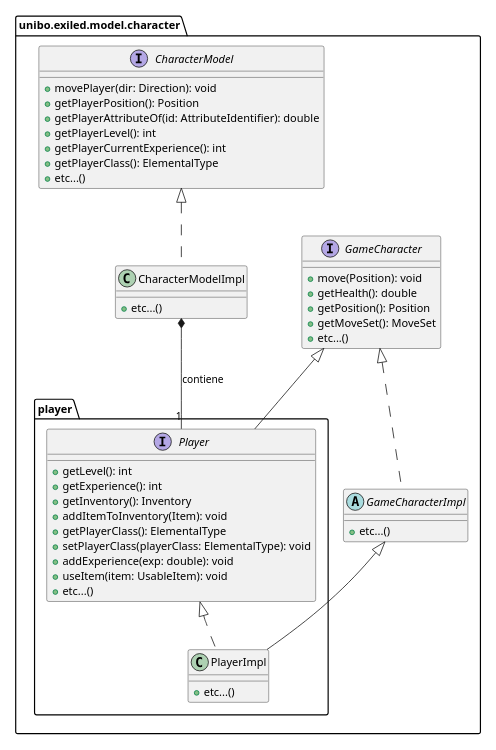
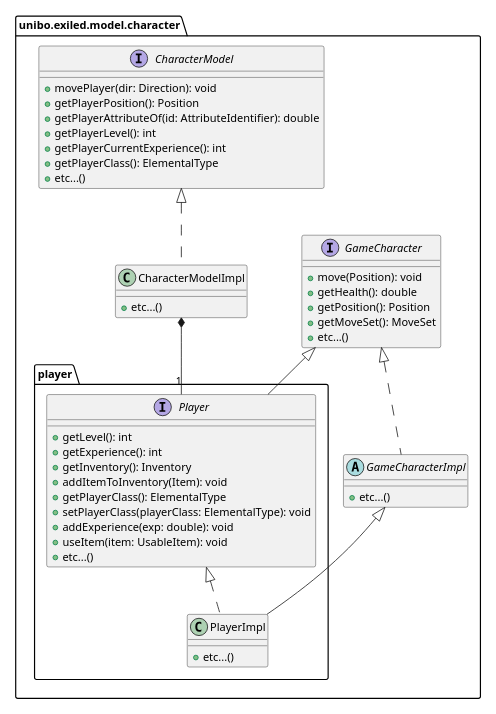
The diagram in docs/player/the-exiled-player-uml.puml (unibo-oop-projects/OOP23-Baldoni-Beylax-Casadei-MarcoMagnani03-Pazzaglia-exiled), drawn with PlantUML before and after one commit. The commit also changed 5 other files, not shown here.

```diff
--- a/docs/player/the-exiled-player-uml.puml
+++ b/docs/player/the-exiled-player-uml.puml
@@ -1,55 +1,55 @@
 @startuml
 scale 0.5
 set separator none
 package unibo.exiled.model.character
 {
   interface GameCharacter {
       + move(Position): void
       + getHealth(): double
       + getPosition(): Position
       + getMoveSet(): MoveSet
       + etc...()
   }
   
   abstract class GameCharacterImpl implements GameCharacter {
       + etc...()
   }
   
   package player{
     interface Player extends GameCharacter {
         + getLevel(): int
         + getExperience(): int
         + getInventory(): Inventory
         + addItemToInventory(Item): void
         + getPlayerClass(): ElementalType
         + setPlayerClass(playerClass: ElementalType): void
         + addExperience(exp: double): void
         + useItem(item: UsableItem): void
         + etc...()
     }
     
     class PlayerImpl extends GameCharacterImpl implements Player {
         + etc...()
     }
   }
   
 
   
   interface CharacterModel {
       + movePlayer(dir: Direction): void
       + getPlayerPosition(): Position
       + getPlayerAttributeOf(id: AttributeIdentifier): double
       + getPlayerLevel(): int
       + getPlayerCurrentExperience(): int
       + getPlayerClass(): ElementalType
       + etc...()
   }
   
   class CharacterModelImpl implements CharacterModel {
        + etc...()
   }
 }
 
-CharacterModelImpl *-- "1" Player : contiene
+CharacterModelImpl *-- "1" Player 
 
 @enduml
```
